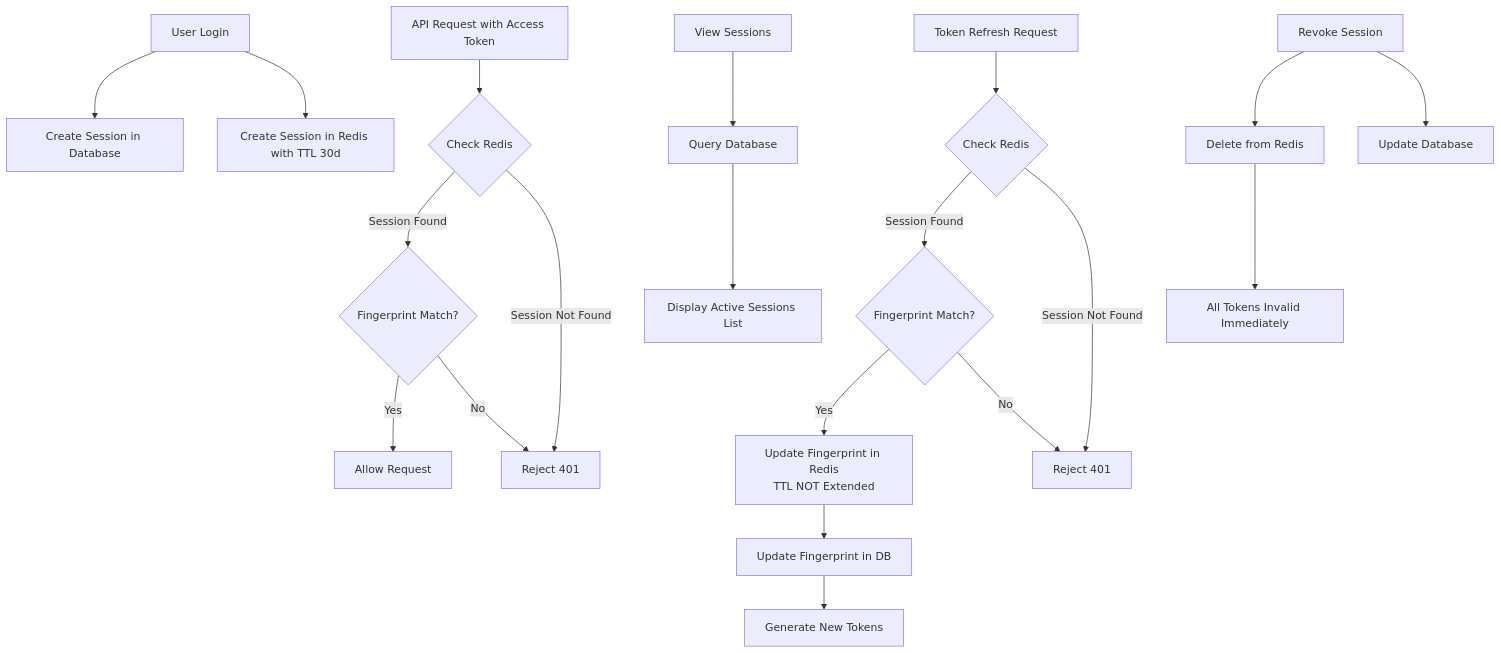
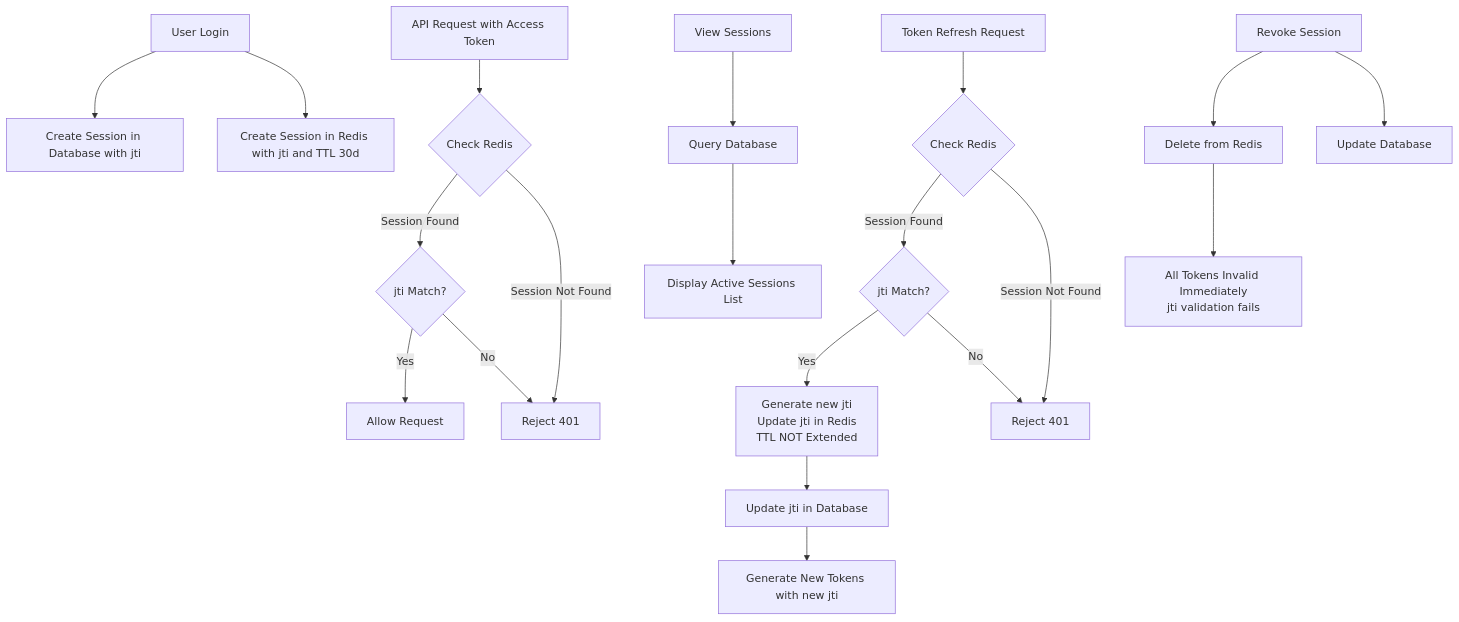
One commit to andrechristikan/ack-nestjs-boilerplate changed the sixth of 7 diagrams in docs/authentication.md. Above: the diagram before and after it, drawn with Mermaid. The commit also changed other lines of this file, not shown here.

````diff
--- a/docs/authentication.md
+++ b/docs/authentication.md
@@ -996,30 +1005,29 @@
 ```mermaid
 graph TB
-    A[User Login] --> B[Create Session in Database]
-    A --> C[Create Session in Redis with TTL 30d]
+    A[User Login] --> B[Create Session in Database with jti]
+    A --> C[Create Session in Redis with jti and TTL 30d]
     
     D[API Request with Access Token] --> E{Check Redis}
-    E -->|Session Found| F{Fingerprint Match?}
+    E -->|Session Found| F{jti Match?}
     E -->|Session Not Found| G[Reject 401]
     
     F -->|Yes| H[Allow Request]
     F -->|No| G
     
     I[Token Refresh Request] --> J{Check Redis}
-    J -->|Session Found| K{Fingerprint Match?}
+    J -->|Session Found| K{jti Match?}
     J -->|Session Not Found| L[Reject 401]
     
-    K -->|Yes| M[Update Fingerprint in Redis<br/>TTL NOT Extended]
+    K -->|Yes| M[Generate new jti<br/>Update jti in Redis<br/>TTL NOT Extended]
     K -->|No| L
     
-    M --> N[Update Fingerprint in DB]
-
-    N --> O[Generate New Tokens]
+    M --> N[Update jti in Database]
+    N --> O[Generate New Tokens with new jti]
     
     P[View Sessions] --> Q[Query Database]
     Q --> R[Display Active Sessions List]
     
     T[Revoke Session] --> U[Delete from Redis]
     T --> S[Update Database]
-    U --> V[All Tokens Invalid Immediately]
+    U --> V[All Tokens Invalid Immediately<br/>jti validation fails]
 ```
````
